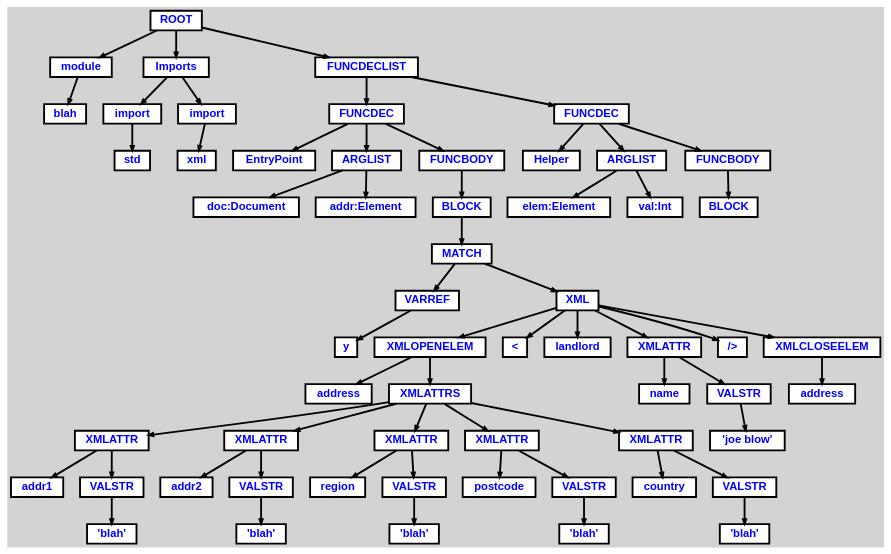
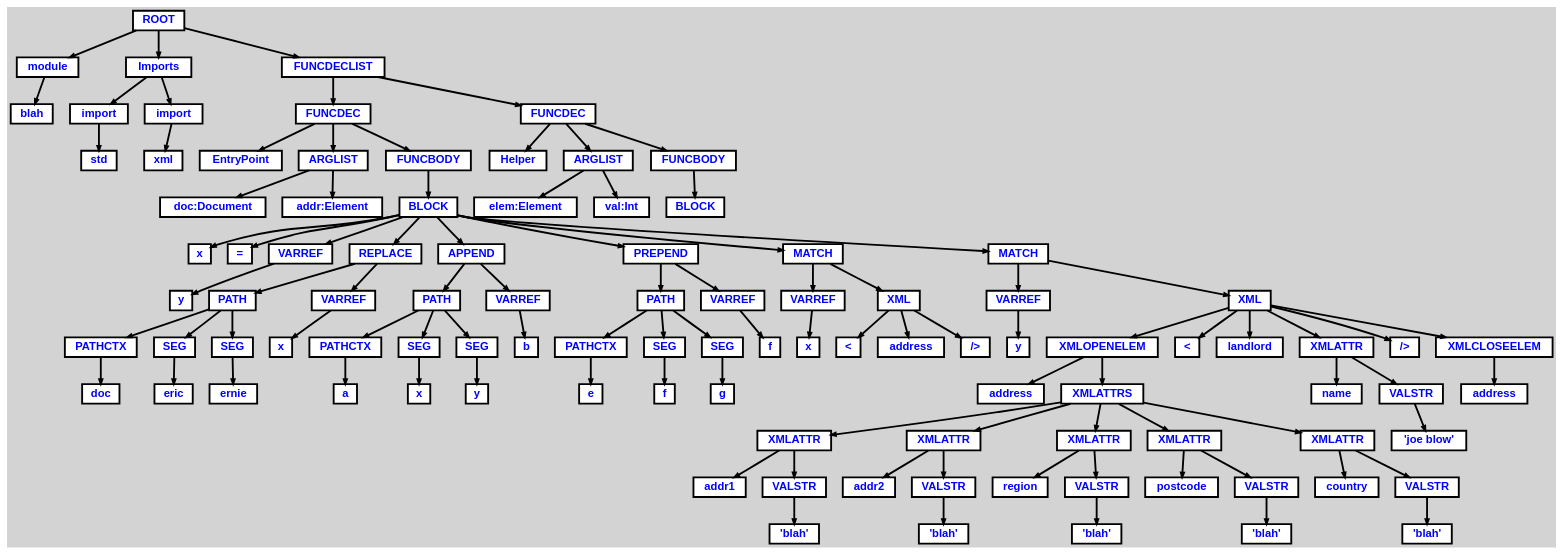
One commit to aabs/xmlpl changed the diagram in test-documents/AST-module.dot. Above: the diagram before and after it, drawn with Graphviz. The commit also changed 5 other files, not shown here.

```diff
--- a/test-documents/AST-module.dot
+++ b/test-documents/AST-module.dot
@@ -31,70 +31,133 @@
   n14 [label="FUNCBODY"];
   n15 [label="BLOCK"];
   n15 [label="BLOCK"];
-  n16 [label="MATCH"];
-  n16 [label="MATCH"];
-  n17 [label="VARREF"];
-  n17 [label="VARREF"];
-  n18 [label="y"];
-  n19 [label="XML"];
-  n19 [label="XML"];
-  n20 [label="XMLOPENELEM"];
-  n20 [label="XMLOPENELEM"];
-  n21 [label="address"];
-  n22 [label="XMLATTRS"];
-  n22 [label="XMLATTRS"];
-  n23 [label="XMLATTR"];
-  n23 [label="XMLATTR"];
-  n24 [label="addr1"];
-  n25 [label="VALSTR"];
-  n25 [label="VALSTR"];
-  n26 [label="'blah'"];
-  n27 [label="XMLATTR"];
-  n27 [label="XMLATTR"];
-  n28 [label="addr2"];
-  n29 [label="VALSTR"];
-  n29 [label="VALSTR"];
-  n30 [label="'blah'"];
-  n31 [label="XMLATTR"];
-  n31 [label="XMLATTR"];
-  n32 [label="region"];
-  n33 [label="VALSTR"];
-  n33 [label="VALSTR"];
-  n34 [label="'blah'"];
-  n35 [label="XMLATTR"];
-  n35 [label="XMLATTR"];
-  n36 [label="postcode"];
-  n37 [label="VALSTR"];
-  n37 [label="VALSTR"];
-  n38 [label="'blah'"];
-  n39 [label="XMLATTR"];
-  n39 [label="XMLATTR"];
-  n40 [label="country"];
-  n41 [label="VALSTR"];
-  n41 [label="VALSTR"];
-  n42 [label="'blah'"];
-  n43 [label="<"];
-  n44 [label="landlord"];
-  n45 [label="XMLATTR"];
-  n45 [label="XMLATTR"];
-  n46 [label="name"];
-  n47 [label="VALSTR"];
-  n47 [label="VALSTR"];
-  n48 [label="'joe blow'"];
-  n49 [label="/>"];
-  n50 [label="XMLCLOSEELEM"];
-  n50 [label="XMLCLOSEELEM"];
-  n51 [label="address"];
-  n52 [label="FUNCDEC"];
-  n52 [label="FUNCDEC"];
-  n53 [label="Helper"];
-  n54 [label="ARGLIST"];
-  n54 [label="ARGLIST"];
-  n55 [label="elem:Element"];
-  n56 [label="val:Int"];
-  n57 [label="FUNCBODY"];
-  n57 [label="FUNCBODY"];
-  n58 [label="BLOCK"];
+  n16 [label="x"];
+  n17 [label="="];
+  n18 [label="VARREF"];
+  n18 [label="VARREF"];
+  n19 [label="y"];
+  n20 [label="REPLACE"];
+  n20 [label="REPLACE"];
+  n21 [label="PATH"];
+  n21 [label="PATH"];
+  n22 [label="PATHCTX"];
+  n22 [label="PATHCTX"];
+  n23 [label="doc"];
+  n24 [label="SEG"];
+  n24 [label="SEG"];
+  n25 [label="eric"];
+  n26 [label="SEG"];
+  n26 [label="SEG"];
+  n27 [label="ernie"];
+  n28 [label="VARREF"];
+  n28 [label="VARREF"];
+  n29 [label="x"];
+  n30 [label="APPEND"];
+  n30 [label="APPEND"];
+  n31 [label="PATH"];
+  n31 [label="PATH"];
+  n32 [label="PATHCTX"];
+  n32 [label="PATHCTX"];
+  n33 [label="a"];
+  n34 [label="SEG"];
+  n34 [label="SEG"];
+  n35 [label="x"];
+  n36 [label="SEG"];
+  n36 [label="SEG"];
+  n37 [label="y"];
+  n38 [label="VARREF"];
+  n38 [label="VARREF"];
+  n39 [label="b"];
+  n40 [label="PREPEND"];
+  n40 [label="PREPEND"];
+  n41 [label="PATH"];
+  n41 [label="PATH"];
+  n42 [label="PATHCTX"];
+  n42 [label="PATHCTX"];
+  n43 [label="e"];
+  n44 [label="SEG"];
+  n44 [label="SEG"];
+  n45 [label="f"];
+  n46 [label="SEG"];
+  n46 [label="SEG"];
+  n47 [label="g"];
+  n48 [label="VARREF"];
+  n48 [label="VARREF"];
+  n49 [label="f"];
+  n50 [label="MATCH"];
+  n50 [label="MATCH"];
+  n51 [label="VARREF"];
+  n51 [label="VARREF"];
+  n52 [label="x"];
+  n53 [label="XML"];
+  n53 [label="XML"];
+  n54 [label="<"];
+  n55 [label="address"];
+  n56 [label="/>"];
+  n57 [label="MATCH"];
+  n57 [label="MATCH"];
+  n58 [label="VARREF"];
+  n58 [label="VARREF"];
+  n59 [label="y"];
+  n60 [label="XML"];
+  n60 [label="XML"];
+  n61 [label="XMLOPENELEM"];
+  n61 [label="XMLOPENELEM"];
+  n62 [label="address"];
+  n63 [label="XMLATTRS"];
+  n63 [label="XMLATTRS"];
+  n64 [label="XMLATTR"];
+  n64 [label="XMLATTR"];
+  n65 [label="addr1"];
+  n66 [label="VALSTR"];
+  n66 [label="VALSTR"];
+  n67 [label="'blah'"];
+  n68 [label="XMLATTR"];
+  n68 [label="XMLATTR"];
+  n69 [label="addr2"];
+  n70 [label="VALSTR"];
+  n70 [label="VALSTR"];
+  n71 [label="'blah'"];
+  n72 [label="XMLATTR"];
+  n72 [label="XMLATTR"];
+  n73 [label="region"];
+  n74 [label="VALSTR"];
+  n74 [label="VALSTR"];
+  n75 [label="'blah'"];
+  n76 [label="XMLATTR"];
+  n76 [label="XMLATTR"];
+  n77 [label="postcode"];
+  n78 [label="VALSTR"];
+  n78 [label="VALSTR"];
+  n79 [label="'blah'"];
+  n80 [label="XMLATTR"];
+  n80 [label="XMLATTR"];
+  n81 [label="country"];
+  n82 [label="VALSTR"];
+  n82 [label="VALSTR"];
+  n83 [label="'blah'"];
+  n84 [label="<"];
+  n85 [label="landlord"];
+  n86 [label="XMLATTR"];
+  n86 [label="XMLATTR"];
+  n87 [label="name"];
+  n88 [label="VALSTR"];
+  n88 [label="VALSTR"];
+  n89 [label="'joe blow'"];
+  n90 [label="/>"];
+  n91 [label="XMLCLOSEELEM"];
+  n91 [label="XMLCLOSEELEM"];
+  n92 [label="address"];
+  n93 [label="FUNCDEC"];
+  n93 [label="FUNCDEC"];
+  n94 [label="Helper"];
+  n95 [label="ARGLIST"];
+  n95 [label="ARGLIST"];
+  n96 [label="elem:Element"];
+  n97 [label="val:Int"];
+  n98 [label="FUNCBODY"];
+  n98 [label="FUNCBODY"];
+  n99 [label="BLOCK"];
 
   n0 -> n1 // "ROOT" -> "module"
   n1 -> n2 // "module" -> "blah"
@@ -111,48 +174,89 @@
   n11 -> n13 // "ARGLIST" -> "addr:Element"
   n9 -> n14 // "FUNCDEC" -> "FUNCBODY"
   n14 -> n15 // "FUNCBODY" -> "BLOCK"
-  n15 -> n16 // "BLOCK" -> "MATCH"
-  n16 -> n17 // "MATCH" -> "VARREF"
-  n17 -> n18 // "VARREF" -> "y"
-  n16 -> n19 // "MATCH" -> "XML"
-  n19 -> n20 // "XML" -> "XMLOPENELEM"
-  n20 -> n21 // "XMLOPENELEM" -> "address"
-  n20 -> n22 // "XMLOPENELEM" -> "XMLATTRS"
-  n22 -> n23 // "XMLATTRS" -> "XMLATTR"
-  n23 -> n24 // "XMLATTR" -> "addr1"
-  n23 -> n25 // "XMLATTR" -> "VALSTR"
-  n25 -> n26 // "VALSTR" -> "'blah'"
-  n22 -> n27 // "XMLATTRS" -> "XMLATTR"
-  n27 -> n28 // "XMLATTR" -> "addr2"
-  n27 -> n29 // "XMLATTR" -> "VALSTR"
-  n29 -> n30 // "VALSTR" -> "'blah'"
-  n22 -> n31 // "XMLATTRS" -> "XMLATTR"
-  n31 -> n32 // "XMLATTR" -> "region"
-  n31 -> n33 // "XMLATTR" -> "VALSTR"
-  n33 -> n34 // "VALSTR" -> "'blah'"
-  n22 -> n35 // "XMLATTRS" -> "XMLATTR"
-  n35 -> n36 // "XMLATTR" -> "postcode"
-  n35 -> n37 // "XMLATTR" -> "VALSTR"
-  n37 -> n38 // "VALSTR" -> "'blah'"
-  n22 -> n39 // "XMLATTRS" -> "XMLATTR"
-  n39 -> n40 // "XMLATTR" -> "country"
-  n39 -> n41 // "XMLATTR" -> "VALSTR"
-  n41 -> n42 // "VALSTR" -> "'blah'"
-  n19 -> n43 // "XML" -> "<"
-  n19 -> n44 // "XML" -> "landlord"
-  n19 -> n45 // "XML" -> "XMLATTR"
-  n45 -> n46 // "XMLATTR" -> "name"
-  n45 -> n47 // "XMLATTR" -> "VALSTR"
-  n47 -> n48 // "VALSTR" -> "'joe blow'"
-  n19 -> n49 // "XML" -> "/>"
-  n19 -> n50 // "XML" -> "XMLCLOSEELEM"
-  n50 -> n51 // "XMLCLOSEELEM" -> "address"
-  n8 -> n52 // "FUNCDECLIST" -> "FUNCDEC"
-  n52 -> n53 // "FUNCDEC" -> "Helper"
-  n52 -> n54 // "FUNCDEC" -> "ARGLIST"
-  n54 -> n55 // "ARGLIST" -> "elem:Element"
-  n54 -> n56 // "ARGLIST" -> "val:Int"
-  n52 -> n57 // "FUNCDEC" -> "FUNCBODY"
-  n57 -> n58 // "FUNCBODY" -> "BLOCK"
+  n15 -> n16 // "BLOCK" -> "x"
+  n15 -> n17 // "BLOCK" -> "="
+  n15 -> n18 // "BLOCK" -> "VARREF"
+  n18 -> n19 // "VARREF" -> "y"
+  n15 -> n20 // "BLOCK" -> "REPLACE"
+  n20 -> n21 // "REPLACE" -> "PATH"
+  n21 -> n22 // "PATH" -> "PATHCTX"
+  n22 -> n23 // "PATHCTX" -> "doc"
+  n21 -> n24 // "PATH" -> "SEG"
+  n24 -> n25 // "SEG" -> "eric"
+  n21 -> n26 // "PATH" -> "SEG"
+  n26 -> n27 // "SEG" -> "ernie"
+  n20 -> n28 // "REPLACE" -> "VARREF"
+  n28 -> n29 // "VARREF" -> "x"
+  n15 -> n30 // "BLOCK" -> "APPEND"
+  n30 -> n31 // "APPEND" -> "PATH"
+  n31 -> n32 // "PATH" -> "PATHCTX"
+  n32 -> n33 // "PATHCTX" -> "a"
+  n31 -> n34 // "PATH" -> "SEG"
+  n34 -> n35 // "SEG" -> "x"
+  n31 -> n36 // "PATH" -> "SEG"
+  n36 -> n37 // "SEG" -> "y"
+  n30 -> n38 // "APPEND" -> "VARREF"
+  n38 -> n39 // "VARREF" -> "b"
+  n15 -> n40 // "BLOCK" -> "PREPEND"
+  n40 -> n41 // "PREPEND" -> "PATH"
+  n41 -> n42 // "PATH" -> "PATHCTX"
+  n42 -> n43 // "PATHCTX" -> "e"
+  n41 -> n44 // "PATH" -> "SEG"
+  n44 -> n45 // "SEG" -> "f"
+  n41 -> n46 // "PATH" -> "SEG"
+  n46 -> n47 // "SEG" -> "g"
+  n40 -> n48 // "PREPEND" -> "VARREF"
+  n48 -> n49 // "VARREF" -> "f"
+  n15 -> n50 // "BLOCK" -> "MATCH"
+  n50 -> n51 // "MATCH" -> "VARREF"
+  n51 -> n52 // "VARREF" -> "x"
+  n50 -> n53 // "MATCH" -> "XML"
+  n53 -> n54 // "XML" -> "<"
+  n53 -> n55 // "XML" -> "address"
+  n53 -> n56 // "XML" -> "/>"
+  n15 -> n57 // "BLOCK" -> "MATCH"
+  n57 -> n58 // "MATCH" -> "VARREF"
+  n58 -> n59 // "VARREF" -> "y"
+  n57 -> n60 // "MATCH" -> "XML"
+  n60 -> n61 // "XML" -> "XMLOPENELEM"
+  n61 -> n62 // "XMLOPENELEM" -> "address"
+  n61 -> n63 // "XMLOPENELEM" -> "XMLATTRS"
+  n63 -> n64 // "XMLATTRS" -> "XMLATTR"
+  n64 -> n65 // "XMLATTR" -> "addr1"
+  n64 -> n66 // "XMLATTR" -> "VALSTR"
+  n66 -> n67 // "VALSTR" -> "'blah'"
+  n63 -> n68 // "XMLATTRS" -> "XMLATTR"
+  n68 -> n69 // "XMLATTR" -> "addr2"
+  n68 -> n70 // "XMLATTR" -> "VALSTR"
+  n70 -> n71 // "VALSTR" -> "'blah'"
+  n63 -> n72 // "XMLATTRS" -> "XMLATTR"
+  n72 -> n73 // "XMLATTR" -> "region"
+  n72 -> n74 // "XMLATTR" -> "VALSTR"
+  n74 -> n75 // "VALSTR" -> "'blah'"
+  n63 -> n76 // "XMLATTRS" -> "XMLATTR"
+  n76 -> n77 // "XMLATTR" -> "postcode"
+  n76 -> n78 // "XMLATTR" -> "VALSTR"
+  n78 -> n79 // "VALSTR" -> "'blah'"
+  n63 -> n80 // "XMLATTRS" -> "XMLATTR"
+  n80 -> n81 // "XMLATTR" -> "country"
+  n80 -> n82 // "XMLATTR" -> "VALSTR"
+  n82 -> n83 // "VALSTR" -> "'blah'"
+  n60 -> n84 // "XML" -> "<"
+  n60 -> n85 // "XML" -> "landlord"
+  n60 -> n86 // "XML" -> "XMLATTR"
+  n86 -> n87 // "XMLATTR" -> "name"
+  n86 -> n88 // "XMLATTR" -> "VALSTR"
+  n88 -> n89 // "VALSTR" -> "'joe blow'"
+  n60 -> n90 // "XML" -> "/>"
+  n60 -> n91 // "XML" -> "XMLCLOSEELEM"
+  n91 -> n92 // "XMLCLOSEELEM" -> "address"
+  n8 -> n93 // "FUNCDECLIST" -> "FUNCDEC"
+  n93 -> n94 // "FUNCDEC" -> "Helper"
+  n93 -> n95 // "FUNCDEC" -> "ARGLIST"
+  n95 -> n96 // "ARGLIST" -> "elem:Element"
+  n95 -> n97 // "ARGLIST" -> "val:Int"
+  n93 -> n98 // "FUNCDEC" -> "FUNCBODY"
+  n98 -> n99 // "FUNCBODY" -> "BLOCK"
 
 }
```
